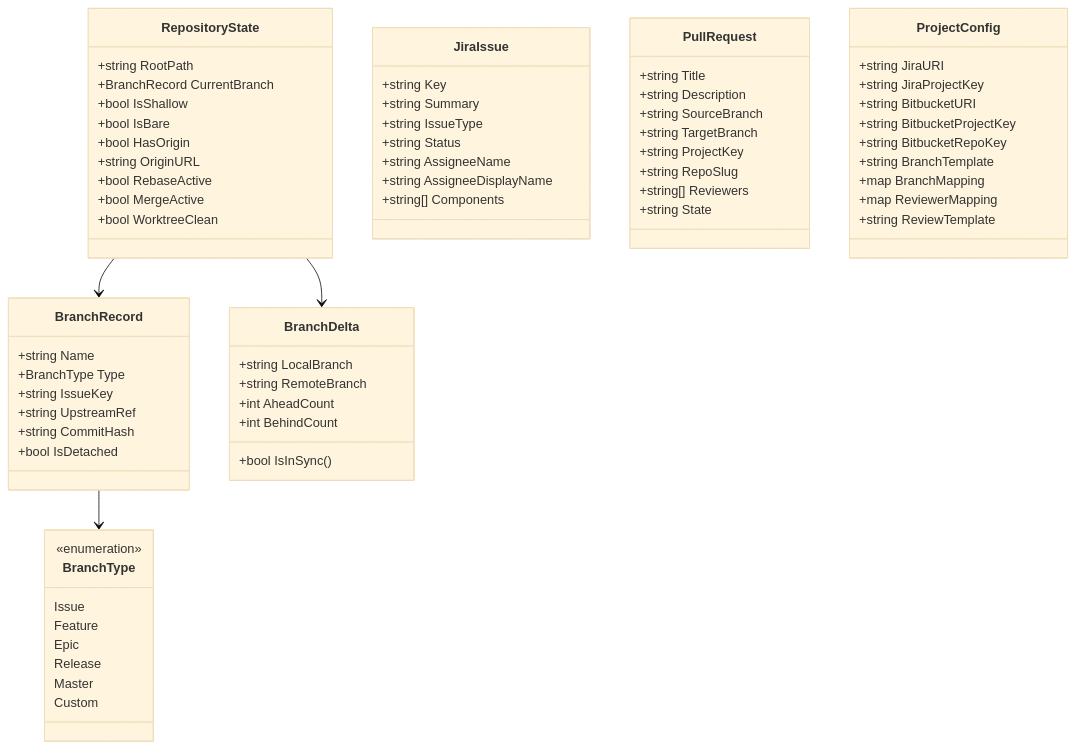
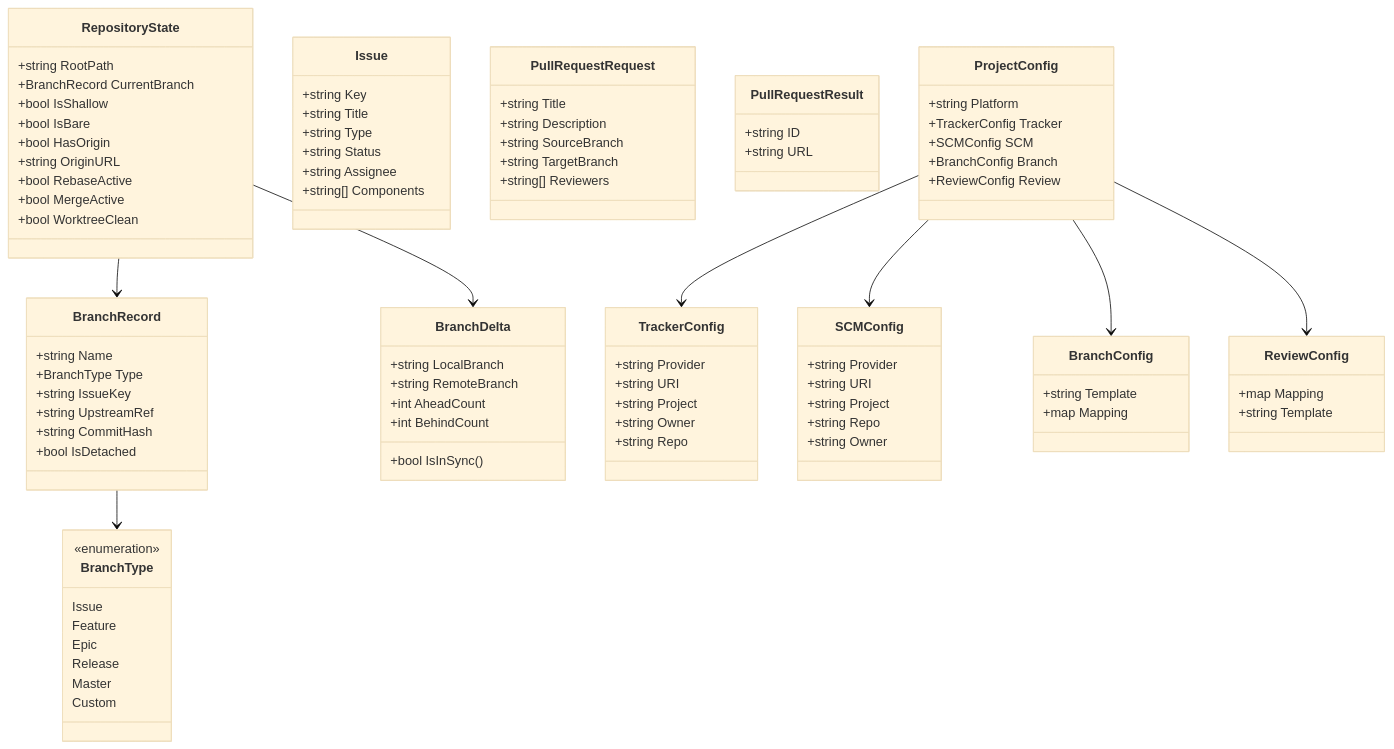
One commit to bvarnai/git-brx changed the diagram in docs/spec/global.md. Above: the diagram before and after it, drawn with Mermaid (base theme). The commit also changed other lines of this file and 10 other files, not shown here.

````diff
--- a/docs/spec/global.md
+++ b/docs/spec/global.md
@@ -226,40 +226,67 @@
         +bool WorktreeClean
     }
 
-    class JiraIssue {
+    class Issue {
         +string Key
-        +string Summary
-        +string IssueType
+        +string Title
+        +string Type
         +string Status
-        +string AssigneeName
-        +string AssigneeDisplayName
+        +string Assignee
         +string[] Components
     }
 
-    class PullRequest {
+    class PullRequestRequest {
         +string Title
         +string Description
         +string SourceBranch
         +string TargetBranch
-        +string ProjectKey
-        +string RepoSlug
         +string[] Reviewers
-        +string State
+    }
+
+    class PullRequestResult {
+        +string ID
+        +string URL
+    }
+
+    class TrackerConfig {
+        +string Provider
+        +string URI
+        +string Project
+        +string Owner
+        +string Repo
+    }
+
+    class SCMConfig {
+        +string Provider
+        +string URI
+        +string Project
+        +string Repo
+        +string Owner
+    }
+
+    class BranchConfig {
+        +string Template
+        +map Mapping
+    }
+
+    class ReviewConfig {
+        +map Mapping
+        +string Template
     }
 
     class ProjectConfig {
-        +string JiraURI
-        +string JiraProjectKey
-        +string BitbucketURI
-        +string BitbucketProjectKey
-        +string BitbucketRepoKey
-        +string BranchTemplate
-        +map BranchMapping
-        +map ReviewerMapping
-        +string ReviewTemplate
+        +string Platform
+        +TrackerConfig Tracker
+        +SCMConfig SCM
+        +BranchConfig Branch
+        +ReviewConfig Review
     }
 
     BranchRecord --> BranchType
     RepositoryState --> BranchRecord
     RepositoryState --> BranchDelta
+    ProjectConfig --> TrackerConfig
+    ProjectConfig --> SCMConfig
+    ProjectConfig --> BranchConfig
+    ProjectConfig --> ReviewConfig
 ```
````
